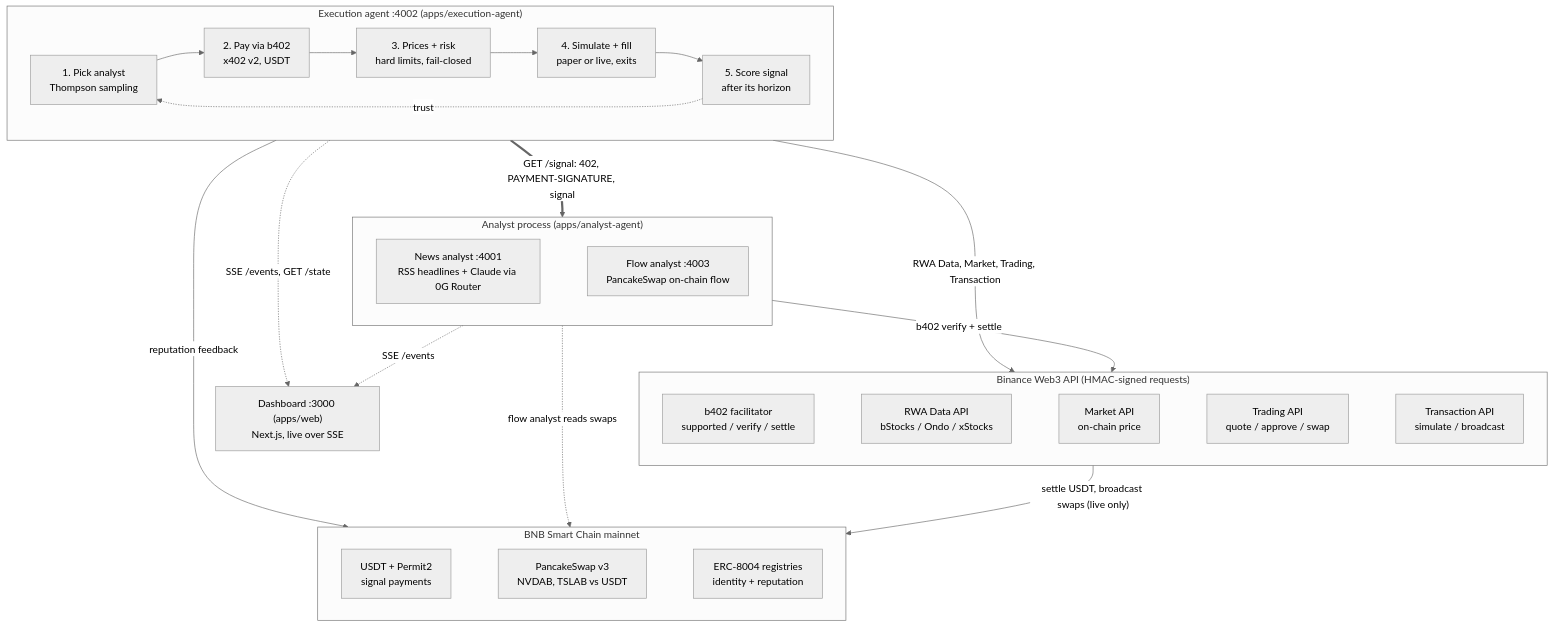
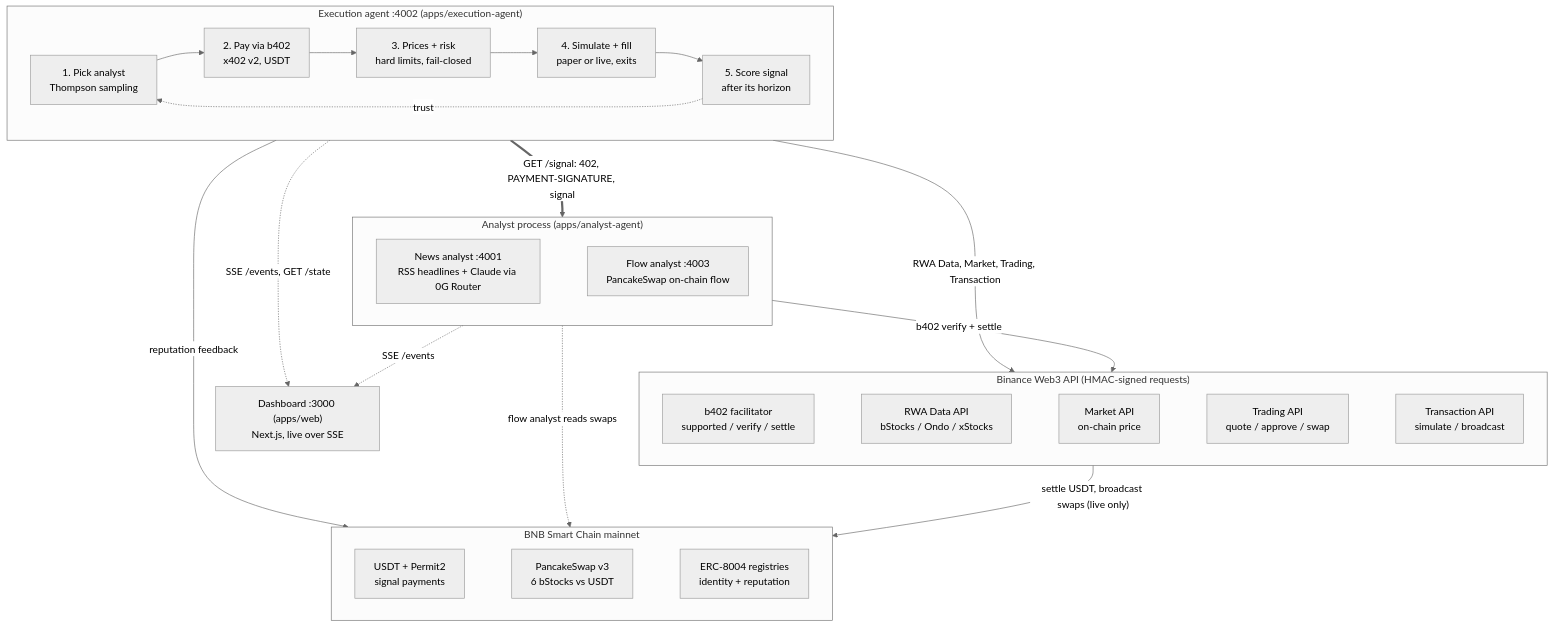
One commit to mrnetwork0001/Elitr changed the first of 2 diagrams in README.md. Above: the diagram before and after it, drawn with Mermaid (neutral theme). The commit also changed other lines of this file and 10 other files, not shown here.

````diff
--- a/README.md
+++ b/README.md
@@ -59,44 +59,44 @@
 ```mermaid
 flowchart TB
   subgraph Buyer["Execution agent :4002 (apps/execution-agent)"]
     direction LR
     SEL["1. Pick analyst<br/>Thompson sampling"] --> PAY["2. Pay via b402<br/>x402 v2, USDT"] --> RISK["3. Prices + risk<br/>hard limits, fail-closed"] --> EXE["4. Simulate + fill<br/>paper or live, exits"] --> REP["5. Score signal<br/>after its horizon"]
     REP -. "trust" .-> SEL
   end
 
   subgraph Sellers["Analyst process (apps/analyst-agent)"]
     direction LR
     NA["News analyst :4001<br/>RSS headlines + Claude via 0G Router"]
     FA["Flow analyst :4003<br/>PancakeSwap on-chain flow"]
     NA ~~~ FA
   end
 
   subgraph Binance["Binance Web3 API (HMAC-signed requests)"]
     direction LR
     B402["b402 facilitator<br/>supported / verify / settle"]
     RWA["RWA Data API<br/>bStocks / Ondo / xStocks"]
     MKT["Market API<br/>on-chain price"]
     TRD["Trading API<br/>quote / approve / swap"]
     TXA["Transaction API<br/>simulate / broadcast"]
     B402 ~~~ RWA ~~~ MKT ~~~ TRD ~~~ TXA
   end
 
   subgraph BSC["BNB Smart Chain mainnet"]
     direction LR
     USDT["USDT + Permit2<br/>signal payments"]
-    PCS["PancakeSwap v3<br/>NVDAB, TSLAB vs USDT"]
+    PCS["PancakeSwap v3<br/>6 bStocks vs USDT"]
     ERC["ERC-8004 registries<br/>identity + reputation"]
     USDT ~~~ PCS ~~~ ERC
   end
 
   WEB["Dashboard :3000 (apps/web)<br/>Next.js, live over SSE"]
 
   Buyer == "GET /signal: 402, PAYMENT-SIGNATURE, signal" ==> Sellers
   Sellers -- "b402 verify + settle" --> Binance
   Buyer -- "RWA Data, Market, Trading, Transaction" --> Binance
   Binance -- "settle USDT, broadcast swaps (live only)" --> BSC
   Sellers -. "flow analyst reads swaps" .-> BSC
   Buyer -- "reputation feedback" --> BSC
   Sellers -. "SSE /events" .-> WEB
   Buyer -. "SSE /events, GET /state" .-> WEB
 ```
````
